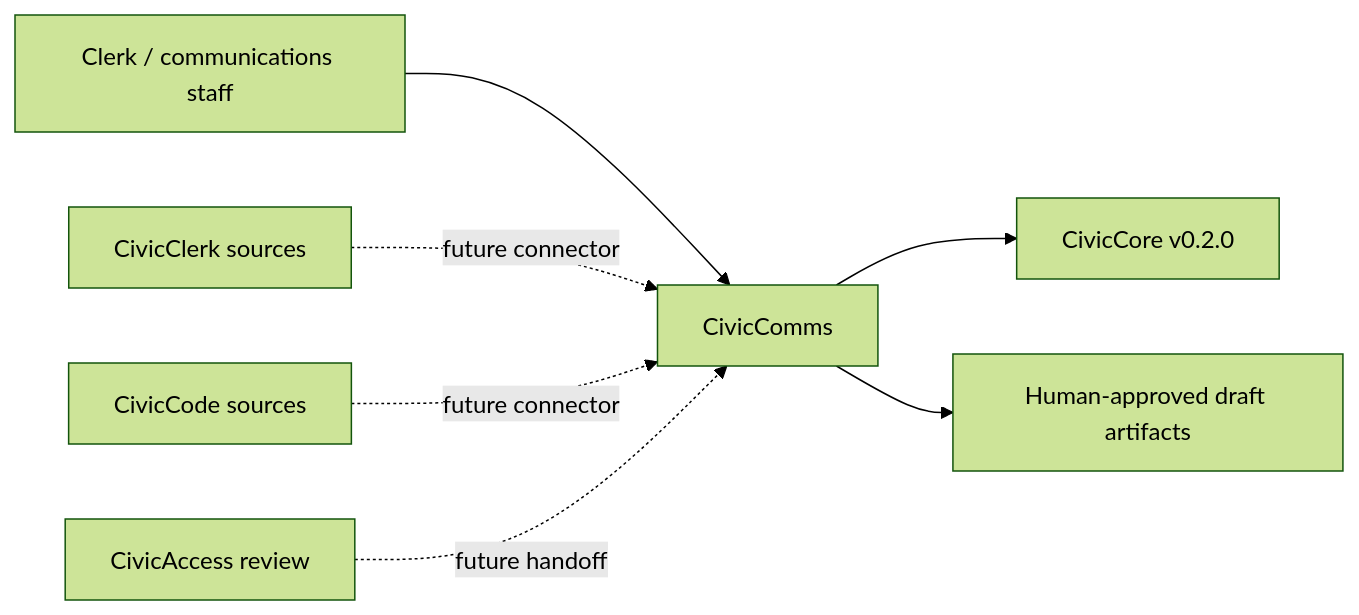
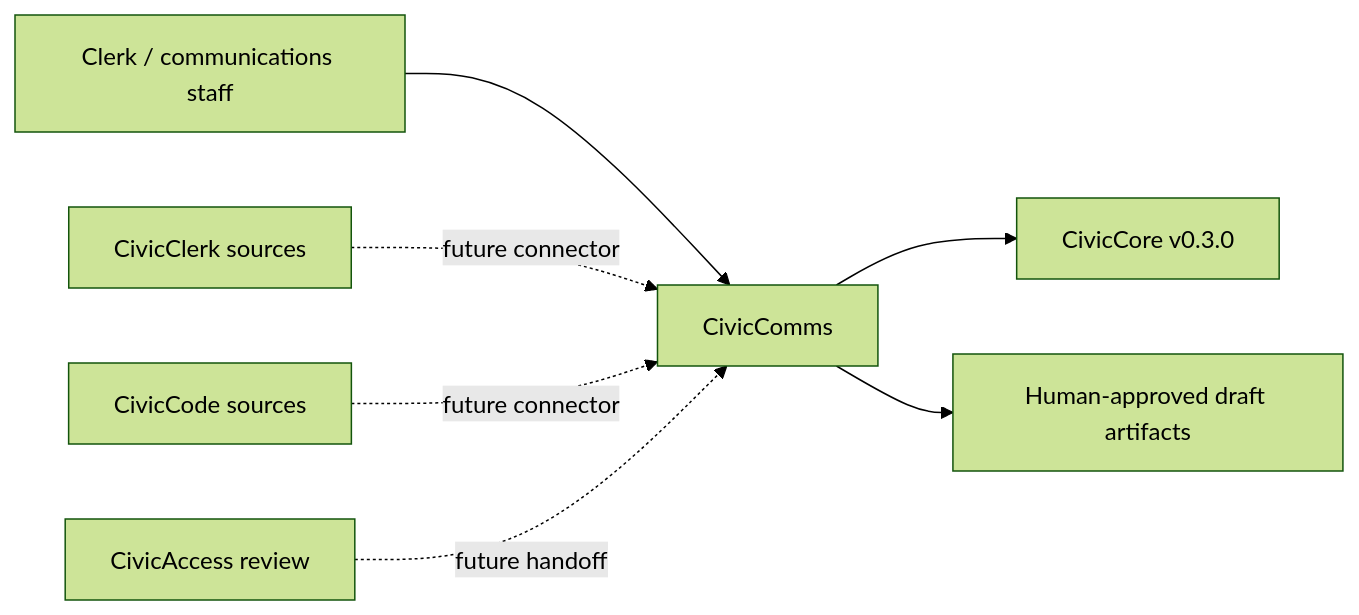
Before and after one commit to CivicSuite/civiccomms: the diagram in USER-MANUAL.md, drawn with Mermaid (forest theme). The commit also changed other lines of this file and 23 other files, not shown here.

````diff
--- a/USER-MANUAL.md
+++ b/USER-MANUAL.md
@@ -33,9 +33,9 @@
 ```mermaid
 flowchart LR
   Clerk["Clerk / communications staff"] --> CivicComms["CivicComms"]
   CivicClerk["CivicClerk sources"] -. future connector .-> CivicComms
   CivicCode["CivicCode sources"] -. future connector .-> CivicComms
   CivicAccess["CivicAccess review"] -. future handoff .-> CivicComms
-  CivicComms --> CivicCore["CivicCore v0.2.0"]
+  CivicComms --> CivicCore["CivicCore v0.3.0"]
   CivicComms --> Drafts["Human-approved draft artifacts"]
 ```
````
